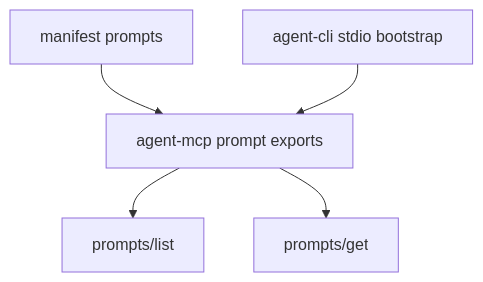
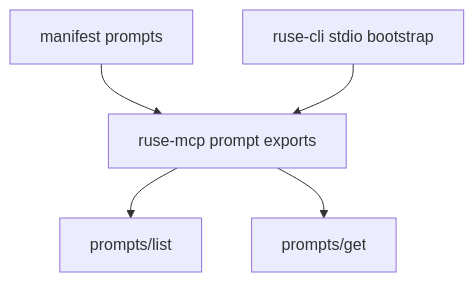
One commit to poneding/agent changed the diagram in docs/specs/M35-00-mcp-prompt-export-technical-design.spec.md. Above: the diagram before and after it, drawn with Mermaid. The commit also changed other lines of this file and 2091 other files, not shown here.

First line of the commit message:
refactor: rename agent branding to ruse

````diff
--- a/docs/specs/M35-00-mcp-prompt-export-technical-design.spec.md
+++ b/docs/specs/M35-00-mcp-prompt-export-technical-design.spec.md
@@ -32,7 +32,7 @@
 ```mermaid
 flowchart TD
-  Manifest["manifest prompts"] --> MCP["agent-mcp prompt exports"]
-  CLI["agent-cli stdio bootstrap"] --> MCP
+  Manifest["manifest prompts"] --> MCP["ruse-mcp prompt exports"]
+  CLI["ruse-cli stdio bootstrap"] --> MCP
   MCP --> List["prompts/list"]
   MCP --> Get["prompts/get"]
 ```
````
